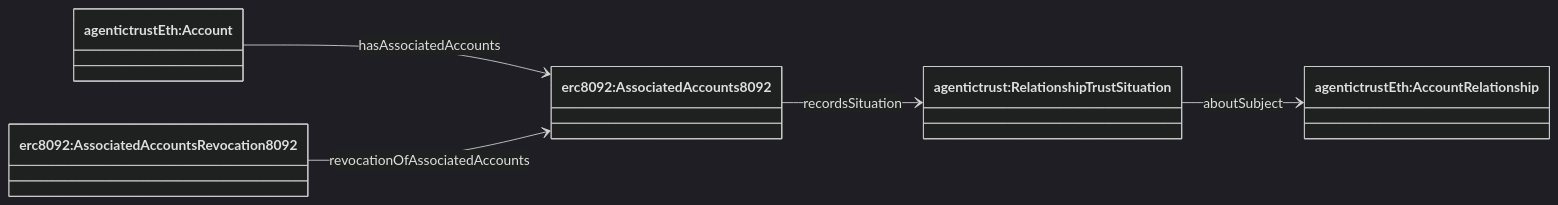
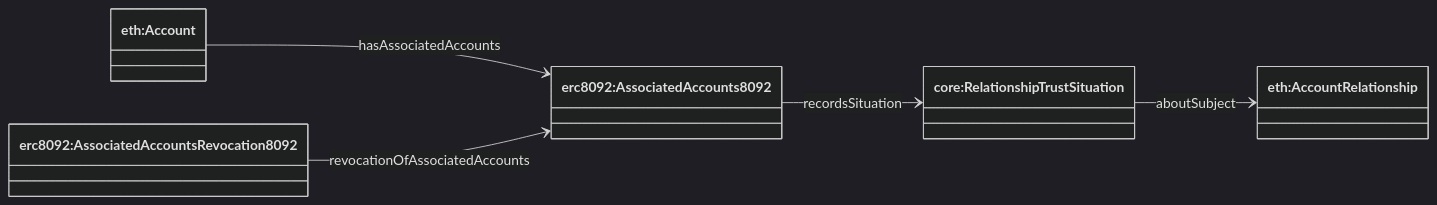
One commit to Agentic-Trust-Layer/agent-explorer changed the seventh of 9 diagrams in docs/ontology/situation.md. Above: the diagram before and after it, drawn with Mermaid (dark theme). The commit also changed other lines of this file and 49 other files, not shown here.

````diff
--- a/docs/ontology/situation.md
+++ b/docs/ontology/situation.md
@@ -285,16 +285,16 @@
 ```mermaid
 classDiagram
 direction LR
 
-class Account["agentictrustEth:Account"]
-class Relationship["agentictrustEth:AccountRelationship"]
+class Account["eth:Account"]
+class Relationship["eth:AccountRelationship"]
 class AssociatedAccounts["erc8092:AssociatedAccounts8092"]
-class RelationshipSituation["agentictrust:RelationshipTrustSituation"]
+class RelationshipSituation["core:RelationshipTrustSituation"]
 class AssociatedAccountsRevocation["erc8092:AssociatedAccountsRevocation8092"]
 
 Account --> AssociatedAccounts : hasAssociatedAccounts
 AssociatedAccounts --> RelationshipSituation : recordsSituation
 RelationshipSituation --> Relationship : aboutSubject
 
 AssociatedAccountsRevocation --> AssociatedAccounts : revocationOfAssociatedAccounts
 ```
````
